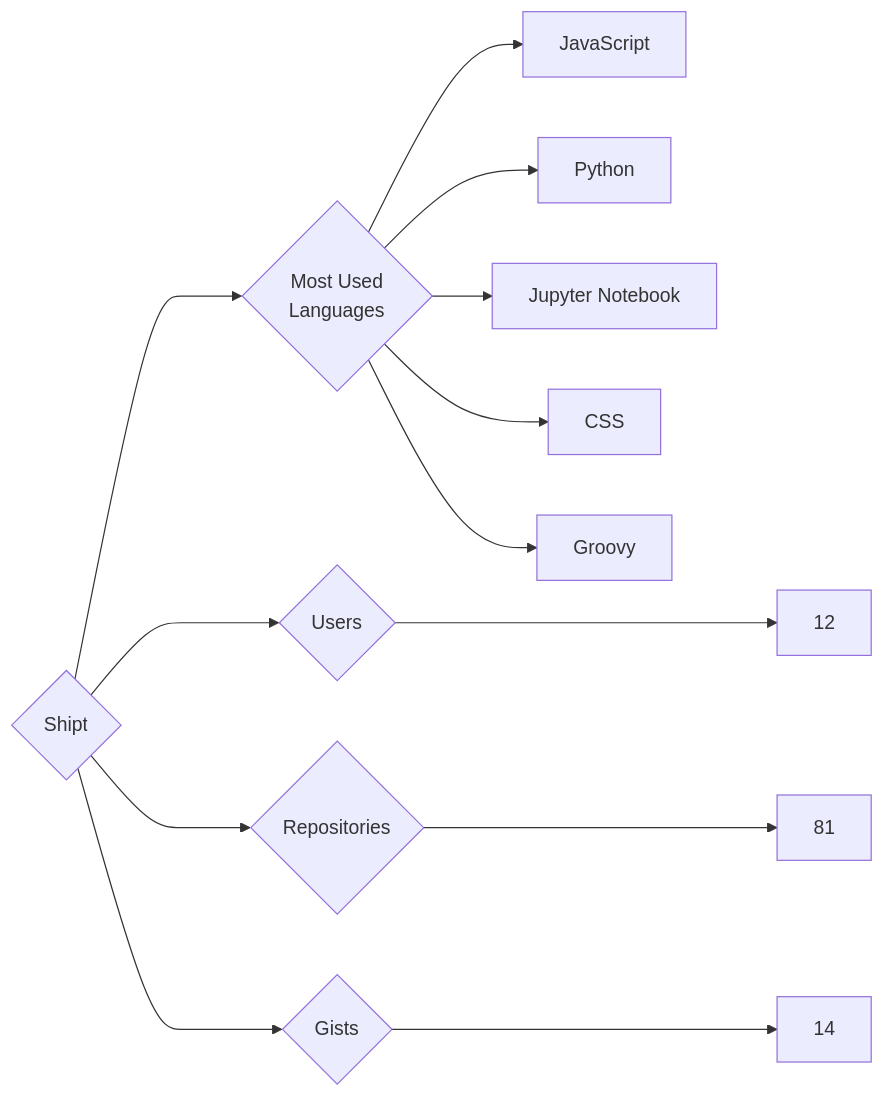
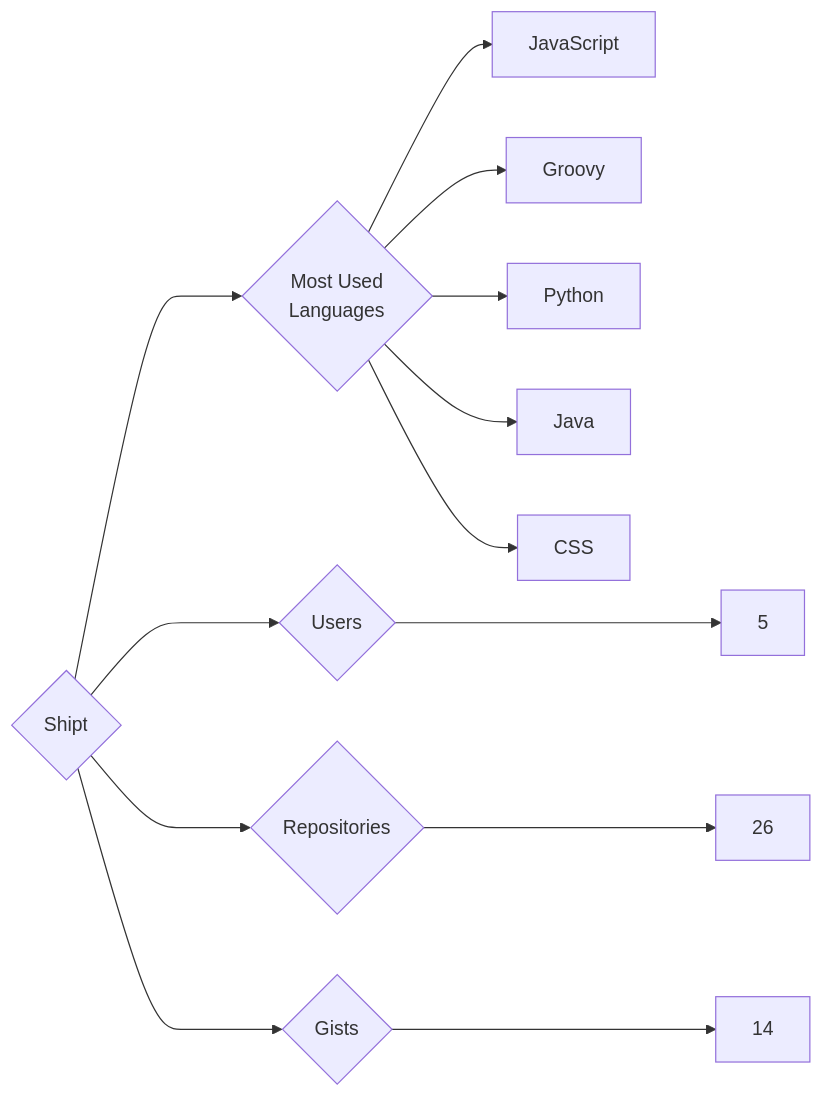
One commit to trickest/insiders changed the diagram in targets/Shipt/README.md. Above: the diagram before and after it, drawn with Mermaid. The commit also changed 1496 other files, not shown here.

````diff
--- a/targets/Shipt/README.md
+++ b/targets/Shipt/README.md
@@ -3,13 +3,13 @@
 ```mermaid
 graph LR
 COMPANY_NAME{Shipt}
-COMPANY_NAME ---> U{Users} ---> UN[12]
-COMPANY_NAME ---> R{Repositories} ---> RN[81]
+COMPANY_NAME ---> U{Users} ---> UN[5]
+COMPANY_NAME ---> R{Repositories} ---> RN[26]
 COMPANY_NAME ---> G{Gists} ---> GN[14]
 COMPANY_NAME ---> ML{Most Used<br>Languages}
 ML --> JavaScript[JavaScript]
+ML --> Groovy[Groovy]
 ML --> Python[Python]
-ML --> Jupyter_Notebook[Jupyter Notebook]
+ML --> Java[Java]
 ML --> CSS[CSS]
-ML --> Groovy[Groovy]
 ```
````
